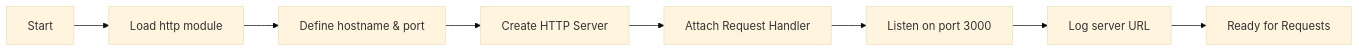
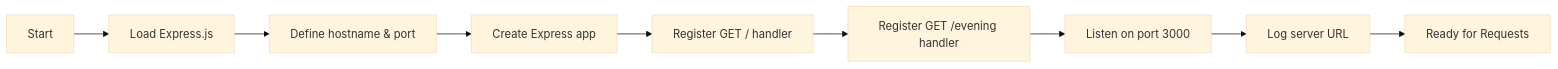
Before and after one commit to Sandeep01Kumar/SK-30-JAN: the second of 2 diagrams in README.md, drawn with Mermaid (base theme). The commit also changed other lines of this file, not shown here.

First line of the commit message:
Update README.md for Express.js migration and /evening endpoint

````diff
--- a/README.md
+++ b/README.md
@@ -312,10 +349,11 @@
 ```mermaid
 flowchart LR
-    A[Start] --> B[Load http module]
+    A[Start] --> B[Load Express.js]
     B --> C[Define hostname & port]
-    C --> D[Create HTTP Server]
-    D --> E[Attach Request Handler]
-    E --> F[Listen on port 3000]
-    F --> G[Log server URL]
-    G --> H[Ready for Requests]
+    C --> D[Create Express app]
+    D --> E[Register GET / handler]
+    E --> F[Register GET /evening handler]
+    F --> G[Listen on port 3000]
+    G --> H[Log server URL]
+    H --> I[Ready for Requests]
 ```
````
